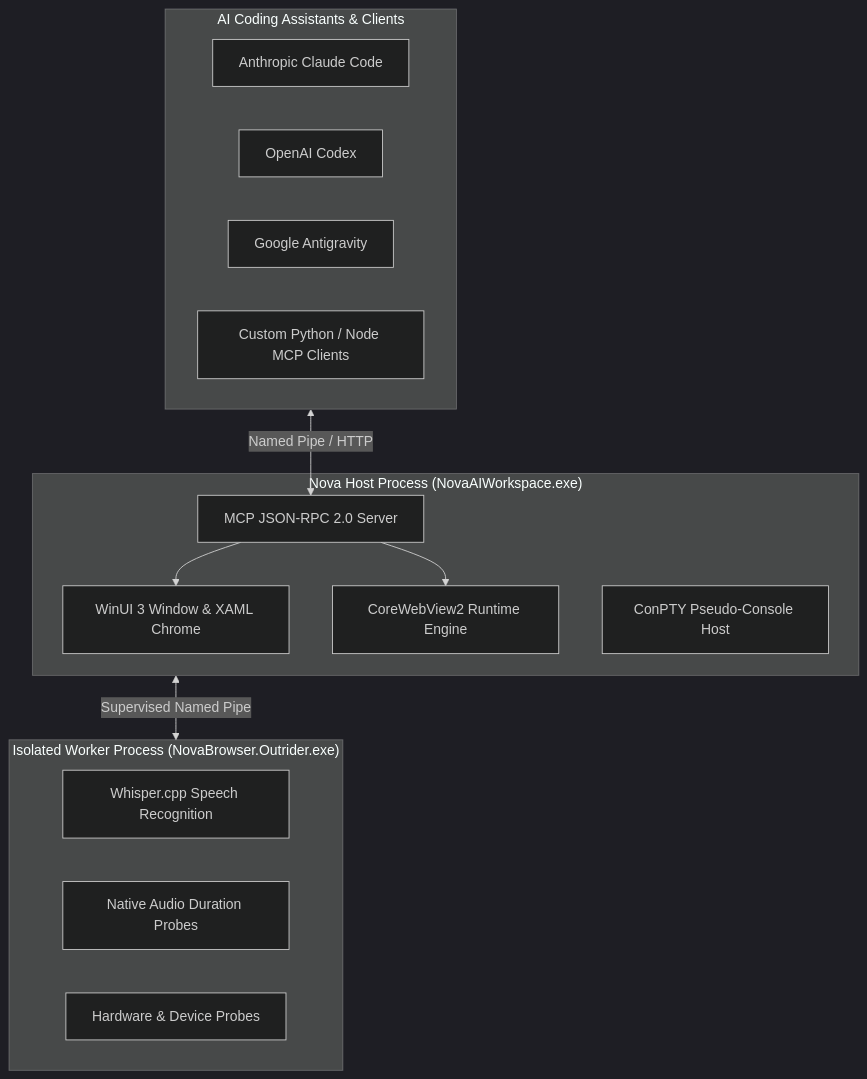
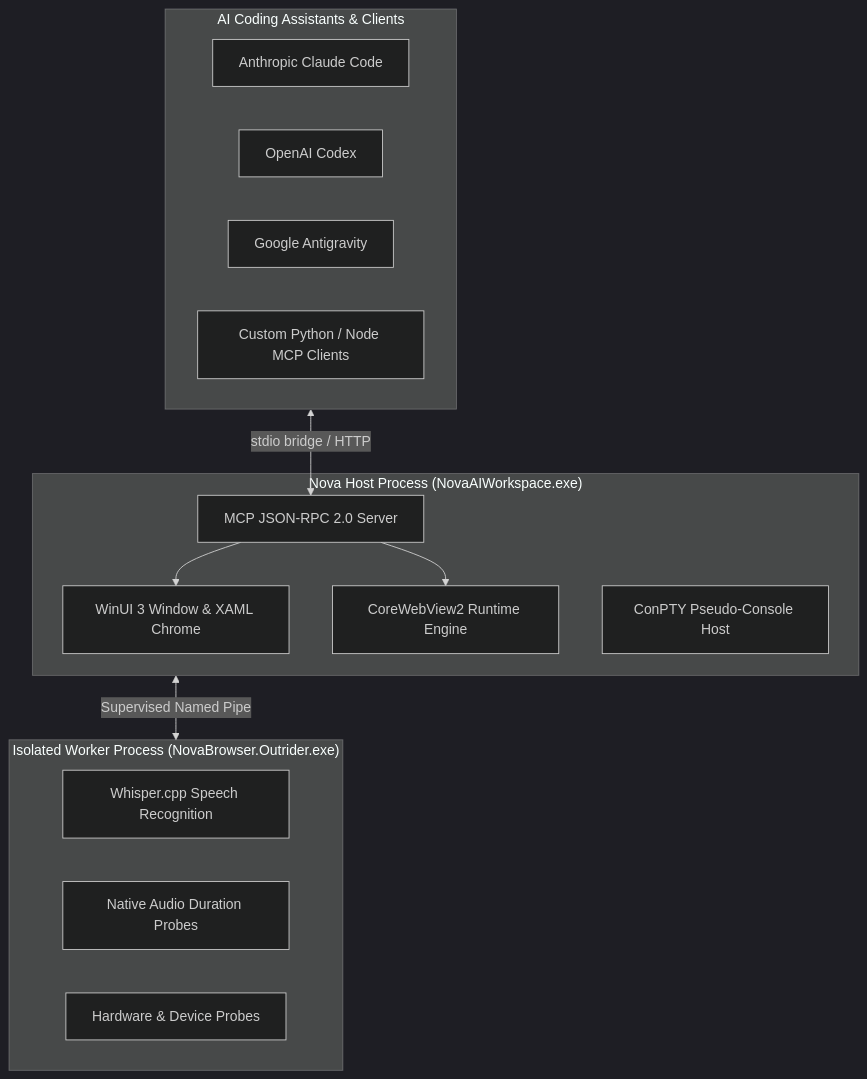
Before and after one commit to joelaniol/nova: the diagram in docs/developer-guide/README.md, drawn with Mermaid (dark theme). The commit also changed other lines of this file and 50 other files, not shown here.

Commit message:
docs: connection guides match the real transport (stdio bridge + local HTTP), tool tables without status column, broken characters fixed

````diff
--- a/docs/developer-guide/README.md
+++ b/docs/developer-guide/README.md
@@ -16,27 +16,27 @@
 ```mermaid
 flowchart TD
     subgraph UIThread["Nova Host Process (NovaAIWorkspace.exe)"]
         WinUI["WinUI 3 Window & XAML Chrome"]
         WebView["CoreWebView2 Runtime Engine"]
         MCPServer["MCP JSON-RPC 2.0 Server"]
         ConPTY["ConPTY Pseudo-Console Host"]
     end
 
     subgraph OutriderBoundary["Isolated Worker Process (NovaBrowser.Outrider.exe)"]
         Whisper["Whisper.cpp Speech Recognition"]
         AudioProbe["Native Audio Duration Probes"]
         HardProbes["Hardware & Device Probes"]
     end
 
     subgraph ExternalAgents["AI Coding Assistants & Clients"]
         Claude["Anthropic Claude Code"]
         Codex["OpenAI Codex"]
         Antigrav["Google Antigravity"]
         Custom["Custom Python / Node MCP Clients"]
     end
 
-    ExternalAgents <-->|Named Pipe / HTTP| MCPServer
+    ExternalAgents <-->|"stdio bridge / HTTP"| MCPServer
     MCPServer --> WinUI
     MCPServer --> WebView
     UIThread <-->|Supervised Named Pipe| OutriderBoundary
 ```
````
